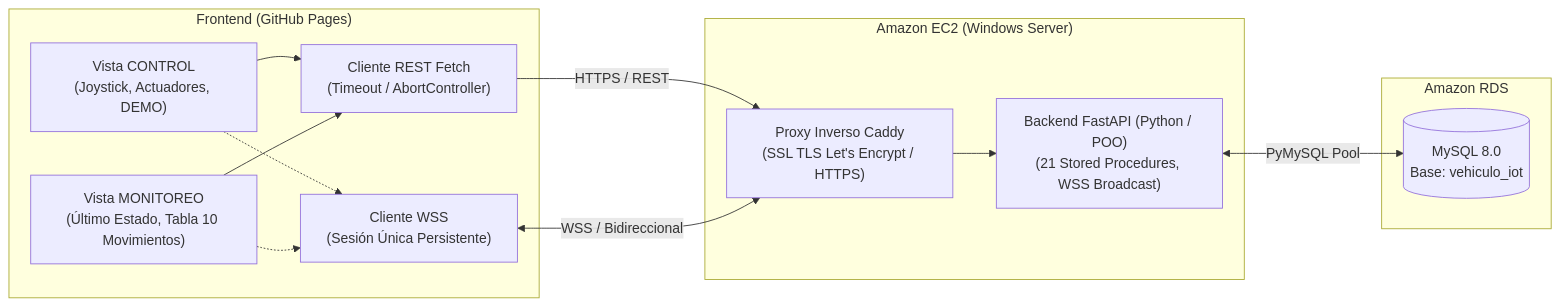
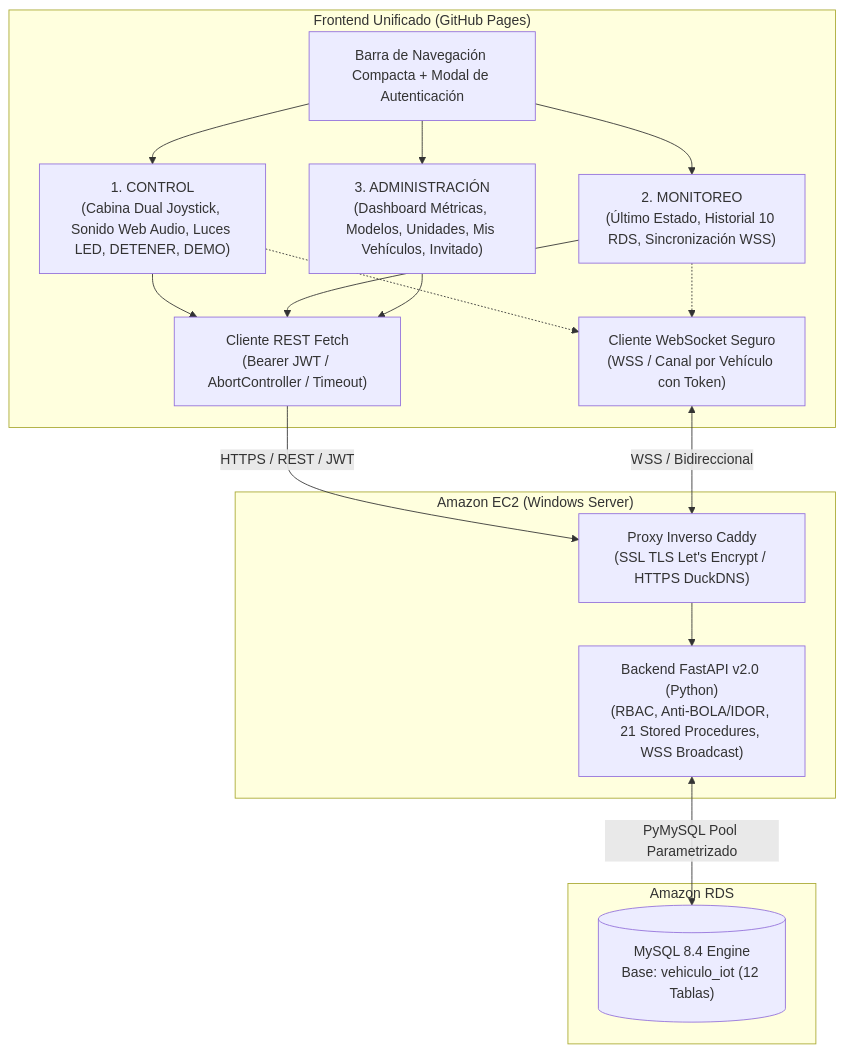
Before and after one commit to Ema1808/vehiculo-iot-control: the diagram in README.md, drawn with Mermaid. The commit also changed other lines of this file, not shown here.

````diff
--- a/README.md
+++ b/README.md
@@ -9,28 +13,43 @@
 ```mermaid
-flowchart LR
-    subgraph Frontend["Frontend (GitHub Pages)"]
-        UI_Control["Vista CONTROL\n(Joystick, Actuadores, DEMO)"]
-        UI_Monitoreo["Vista MONITOREO\n(Último Estado, Tabla 10 Movimientos)"]
-        WSC["Cliente WSS\n(Sesión Única Persistente)"]
-        HTTPC["Cliente REST Fetch\n(Timeout / AbortController)"]
+flowchart TD
+    subgraph Frontend["Frontend Unificado (GitHub Pages)"]
+        Nav["Barra de Navegación Compacta + Modal de Autenticación"]
+        UI_Control["1. CONTROL
+(Cabina Dual Joystick, Sonido Web Audio, Luces LED, DETENER, DEMO)"]
+        UI_Monitoreo["2. MONITOREO
+(Último Estado, Historial 10 RDS, Sincronización WSS)"]
+        UI_Admin["3. ADMINISTRACIÓN
+(Dashboard Métricas, Modelos, Unidades, Mis Vehículos, Invitado)"]
+        WSC["Cliente WebSocket Seguro
+(WSS / Canal por Vehículo con Token)"]
+        HTTPC["Cliente REST Fetch
+(Bearer JWT / AbortController / Timeout)"]
     end
 
     subgraph AWS_EC2["Amazon EC2 (Windows Server)"]
-        Caddy["Proxy Inverso Caddy\n(SSL TLS Let's Encrypt / HTTPS)"]
-        FastAPI["Backend FastAPI (Python / POO)\n(21 Stored Procedures, WSS Broadcast)"]
+        Caddy["Proxy Inverso Caddy
+(SSL TLS Let's Encrypt / HTTPS DuckDNS)"]
+        FastAPI["Backend FastAPI v2.0 (Python)
+(RBAC, Anti-BOLA/IDOR, 21 Stored Procedures, WSS Broadcast)"]
     end
 
     subgraph AWS_RDS["Amazon RDS"]
-        MySQL[("MySQL 8.0\nBase: vehiculo_iot")]
+        MySQL[("MySQL 8.4 Engine
+Base: vehiculo_iot (12 Tablas)")]
     end
+
+    Nav --> UI_Control
+    Nav --> UI_Monitoreo
+    Nav --> UI_Admin
 
     UI_Control --> HTTPC
     UI_Monitoreo --> HTTPC
+    UI_Admin --> HTTPC
     UI_Control -.-> WSC
     UI_Monitoreo -.-> WSC
 
-    HTTPC -->|HTTPS / REST| Caddy
+    HTTPC -->|HTTPS / REST / JWT| Caddy
     WSC <-->|WSS / Bidireccional| Caddy
     Caddy --> FastAPI
-    FastAPI <-->|PyMySQL Pool| MySQL
+    FastAPI <-->|PyMySQL Pool Parametrizado| MySQL
 ```
````
